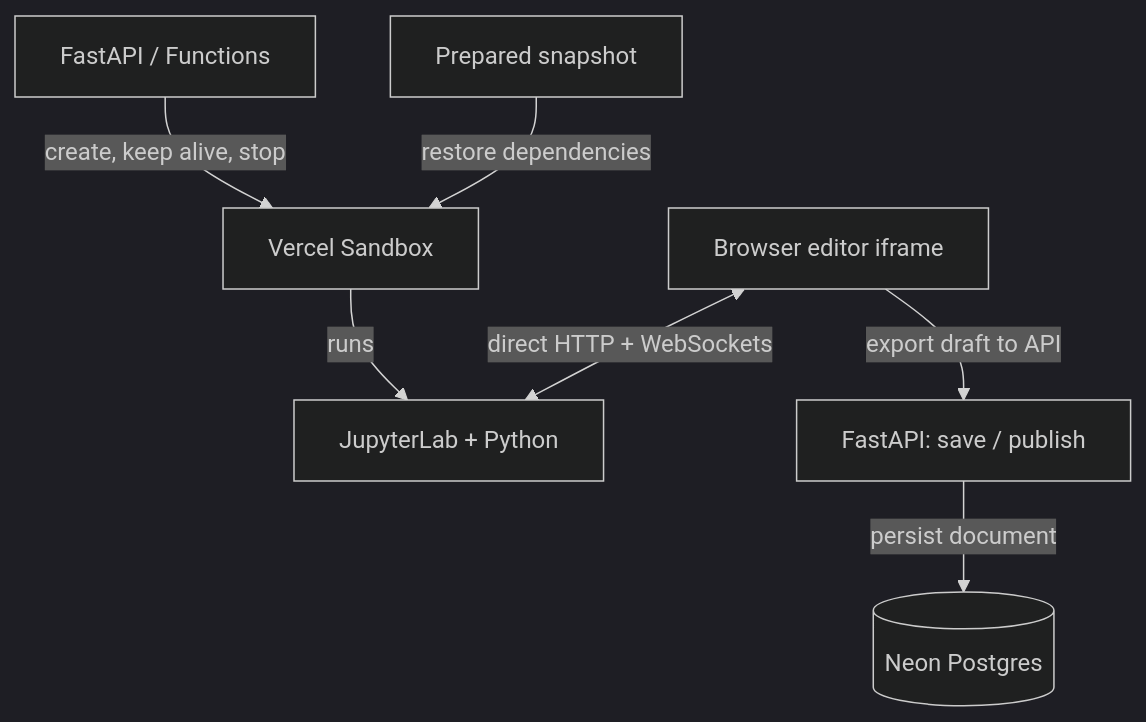
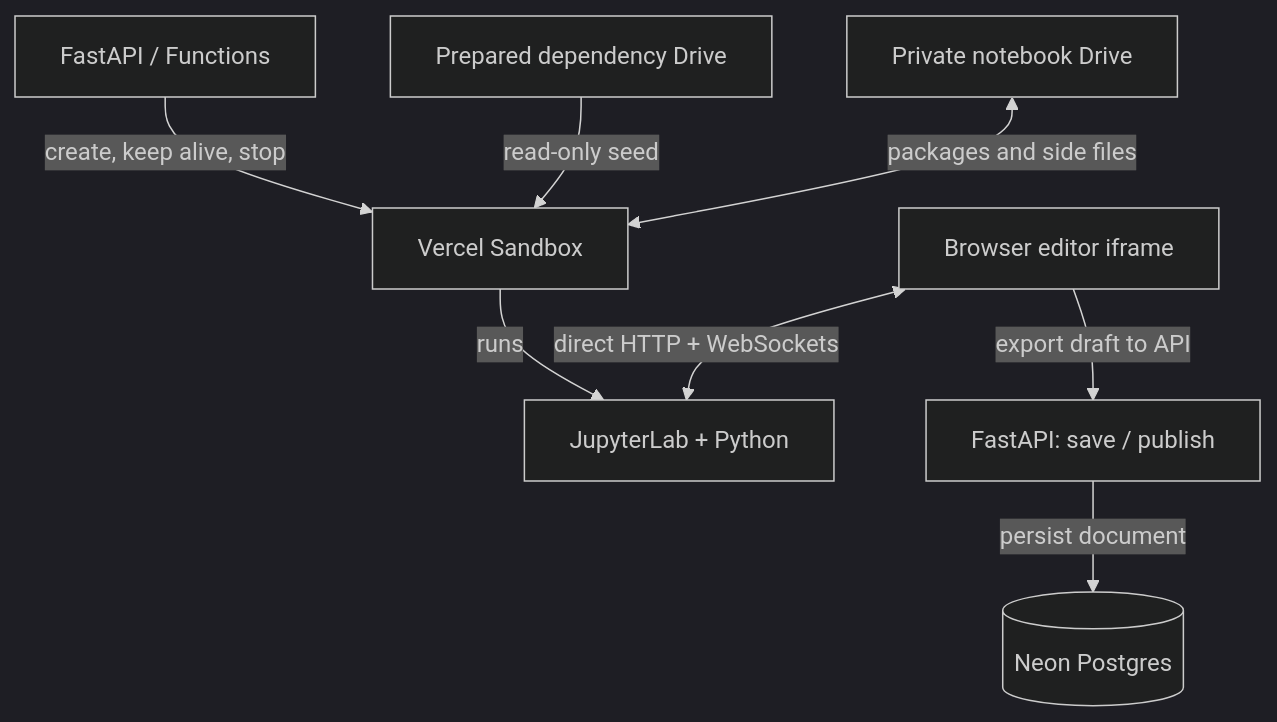
The second of 2 diagrams in lat.md/architecture.md (1st1/notebook-factory), drawn with Mermaid (dark theme) before and after one commit. The commit also changed other lines of this file and 17 other files, not shown here.

Commit message:
Use durable notebook drives without Sandbox stop snapshots

````diff
--- a/lat.md/architecture.md
+++ b/lat.md/architecture.md
@@ -31,14 +31,16 @@
 ```mermaid
 flowchart TB
     api["FastAPI / Functions"]
-    snapshot["Prepared snapshot"]
+    snapshot["Prepared dependency Drive"]
+    workspace["Private notebook Drive"]
     sandbox["Vercel Sandbox"]
     jupyter["JupyterLab + Python"]
     browser["Browser editor iframe"]
     api -->|"create, keep alive, stop"| sandbox
-    snapshot -->|"restore dependencies"| sandbox
+    snapshot -->|"read-only seed"| sandbox
+    workspace <-->|"packages and side files"| sandbox
     sandbox -->|"runs"| jupyter
     browser <-->|"direct HTTP + WebSockets"| jupyter
     browser -->|"export draft to API"| save["FastAPI: save / publish"]
     save -->|"persist document"| neon[("Neon Postgres")]
 ```
````
